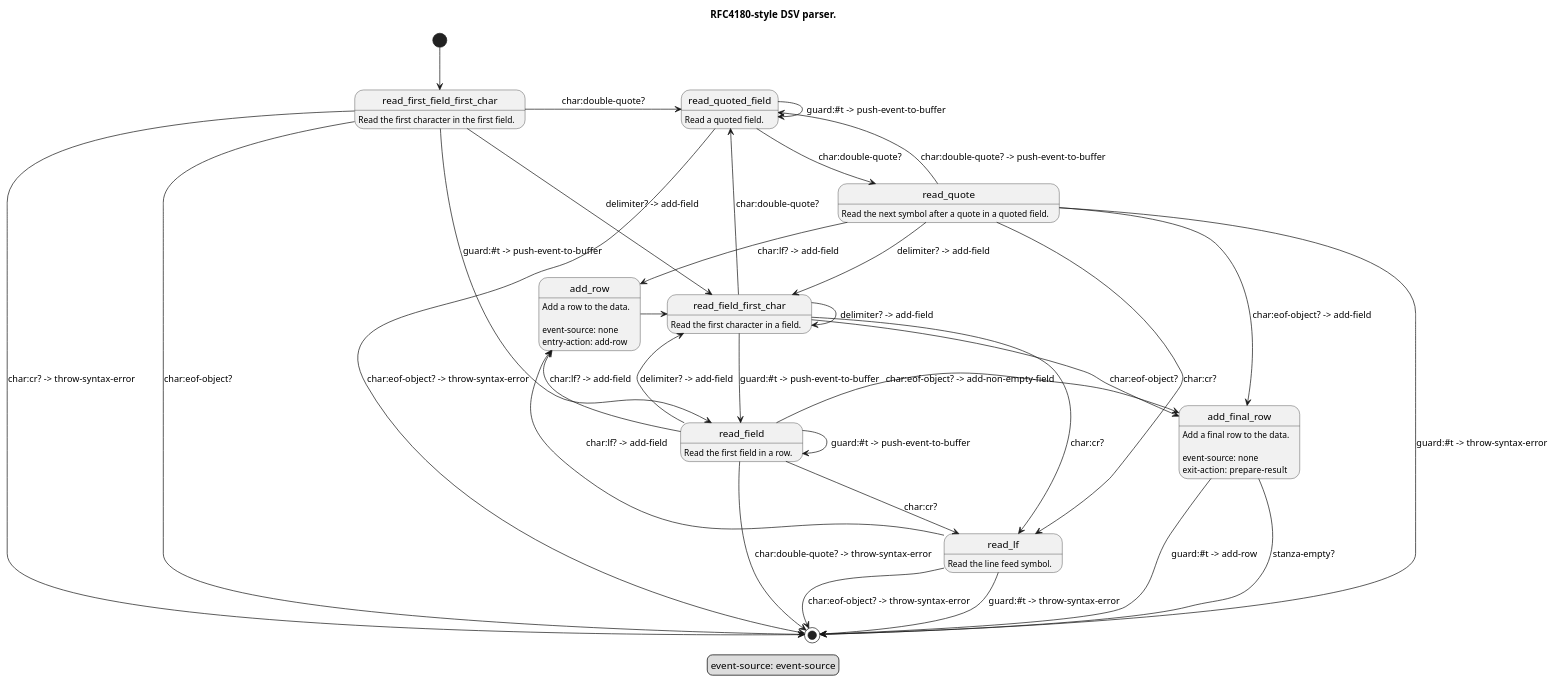
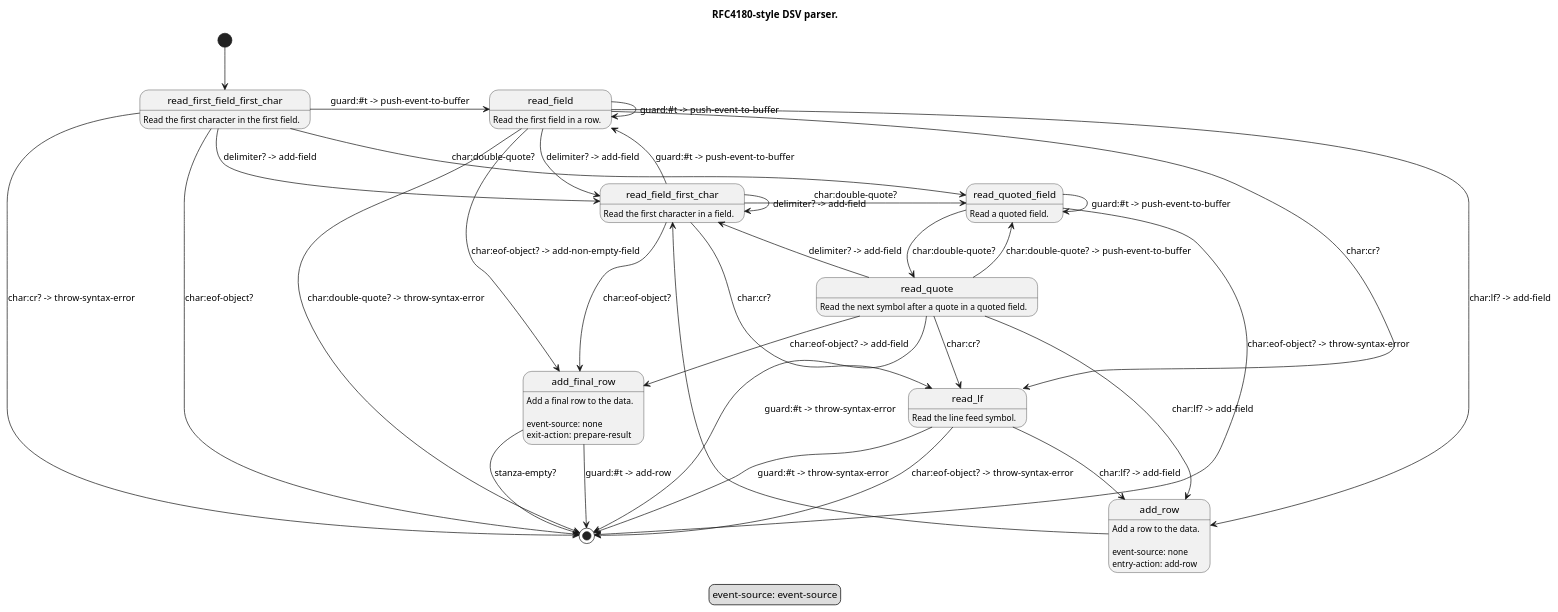
Before and after one commit to artyom-poptsov/guile-dsv: the diagram in modules/dsv/fsm/rfc4180.puml, drawn with PlantUML.

Commit message:
modules/dsv/fsm/rfc4180.puml: Optimize a little bit

```diff
--- a/modules/dsv/fsm/rfc4180.puml
+++ b/modules/dsv/fsm/rfc4180.puml
@@ -1,98 +1,98 @@
 @startuml
 
 ' Copyright (C) 2023 Artyom V. Poptsov <poptsov.artyom@gmail.com>
 '
 ' This program is free software: you can redistribute it and/or modify
 ' it under the terms of the GNU General Public License as published by
 ' the Free Software Foundation, either version 3 of the License, or
 ' (at your option) any later version.
 '
 ' The program is distributed in the hope that it will be useful,
 ' but WITHOUT ANY WARRANTY; without even the implied warranty of
 ' MERCHANTABILITY or FITNESS FOR A PARTICULAR PURPOSE.  See the
 ' GNU General Public License for more details.
 '
 ' You should have received a copy of the GNU General Public License
 ' along with the program.  If not, see <http://www.gnu.org/licenses/>.
 
 ' ----------------------------------------------------------------------
 ' NOTE:
 ' RFC 4180 explicitly states that each line must be ended with CRLF. [1]
 ' On the other hand, some CSV data does not follow this rule and uses
 ' only LF symbol as the line ending.
 '
 ' Here we follow "Robustness principle" [2] and RFC4180 requirements
 ' when reading CSV data.
 '
 ' See also RFC4180, "Encoding considerations".
 '
 ' References:
 ' 1. <https://datatracker.ietf.org/doc/html/rfc4180#section-2>
 ' 2. "be conservative in what you do, be liberal in what you accept
 '    from others"
 '    <https://en.wikipedia.org/wiki/Robustness_principle>
 '
 ' ----------------------------------------------------------------------
 
 title RFC4180-style DSV parser.
 
 legend
 event-source: event-source
 endlegend
 
 [*] --> read_first_field_first_char
 
 read_first_field_first_char: Read the first character in the first field.
 read_first_field_first_char -> [*]:               char:eof-object?
+read_first_field_first_char --> read_quoted_field: char:double-quote?
 read_first_field_first_char --> read_field_first_char: delimiter? -> add-field
-read_first_field_first_char -> read_quoted_field: char:double-quote?
 read_first_field_first_char -> [*]:               char:cr? -> throw-syntax-error
 read_first_field_first_char -> read_field:        guard:#t -> push-event-to-buffer
 
 read_field_first_char: Read the first character in a field.
 read_field_first_char -> add_final_row:     char:eof-object?
+read_field_first_char -> read_quoted_field: char:double-quote?
 read_field_first_char -> read_field_first_char: delimiter? -> add-field
 read_field_first_char -> read_lf:           char:cr?
-read_field_first_char -> read_quoted_field: char:double-quote?
 read_field_first_char -> read_field:        guard:#t -> push-event-to-buffer
 
 read_field: Read the first field in a row.
 read_field ->  add_final_row:     char:eof-object? -> add-non-empty-field
+read_field --> read_field_first_char: delimiter? -> add-field
 read_field --> read_lf:           char:cr?
 read_field --> add_row:           char:lf? -> add-field
-read_field --> read_field_first_char: delimiter? -> add-field
 read_field --> [*]:               char:double-quote? -> throw-syntax-error
 read_field ->  read_field:        guard:#t -> push-event-to-buffer
 
 read_quoted_field: Read a quoted field.
 read_quoted_field --> [*]:                char:eof-object? -> throw-syntax-error
 read_quoted_field ->  read_quote:         char:double-quote?
 read_quoted_field ->  read_quoted_field:  guard:#t -> push-event-to-buffer
 
 read_quote: Read the next symbol after a quote in a quoted field.
 read_quote --> add_final_row:     char:eof-object? -> add-field
 read_quote --> read_lf:           char:cr?
 read_quote --> add_row:           char:lf? -> add-field
 read_quote --> read_quoted_field: char:double-quote? -> push-event-to-buffer
 read_quote --> read_field_first_char: delimiter? -> add-field
 read_quote --> [*]:               guard:#t -> throw-syntax-error
 
 read_lf: Read the line feed symbol.
 read_lf --> [*]:     char:eof-object? -> throw-syntax-error
 read_lf --> add_row: char:lf? -> add-field
 read_lf -> [*]:      guard:#t -> throw-syntax-error
 
 add_row: Add a row to the data.
 add_row:
 add_row: event-source: none
 add_row: entry-action: add-row
 add_row -> read_field_first_char
 
 add_final_row: Add a final row to the data.
 add_final_row:
 add_final_row: event-source: none
 add_final_row: exit-action:  prepare-result
 add_final_row -> [*]: stanza-empty?
 add_final_row -> [*]: guard:#t -> add-row
 
 @enduml
```
